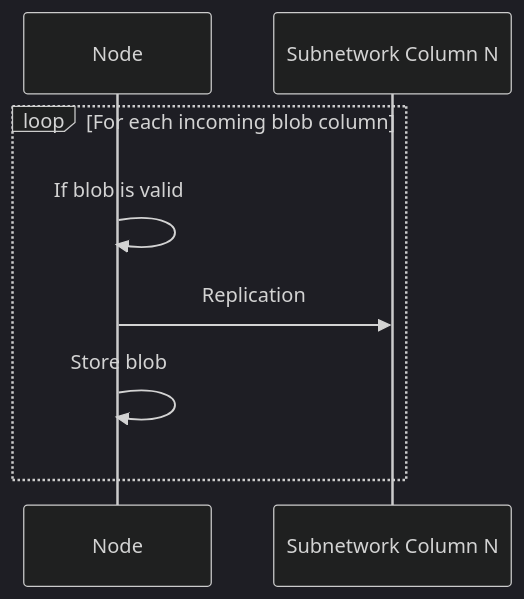
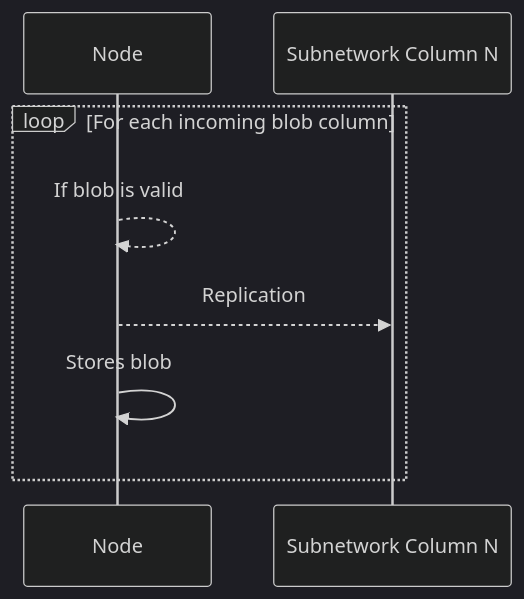
The second of 2 diagrams in nomos/raw/nomosda-encoding.md (vacp2p/rfc-index), drawn with Mermaid (dark theme) before and after one commit. The commit also changed other lines of this file, not shown here.

````diff
--- a/nomos/raw/nomosda-encoding.md
+++ b/nomos/raw/nomosda-encoding.md
@@ -177,10 +145,10 @@
 ```mermaid
 sequenceDiagram
     participant N as Node
     participant S as Subnetwork Column N
     loop For each incoming blob column
-        N->>N: If blob is valid
-        N->>S: Replication
-        N->>N: Store blob
+        N-->>N: If blob is valid
+        N-->>S: Replication
+        N->>N: Stores blob
     end
 ```
````
